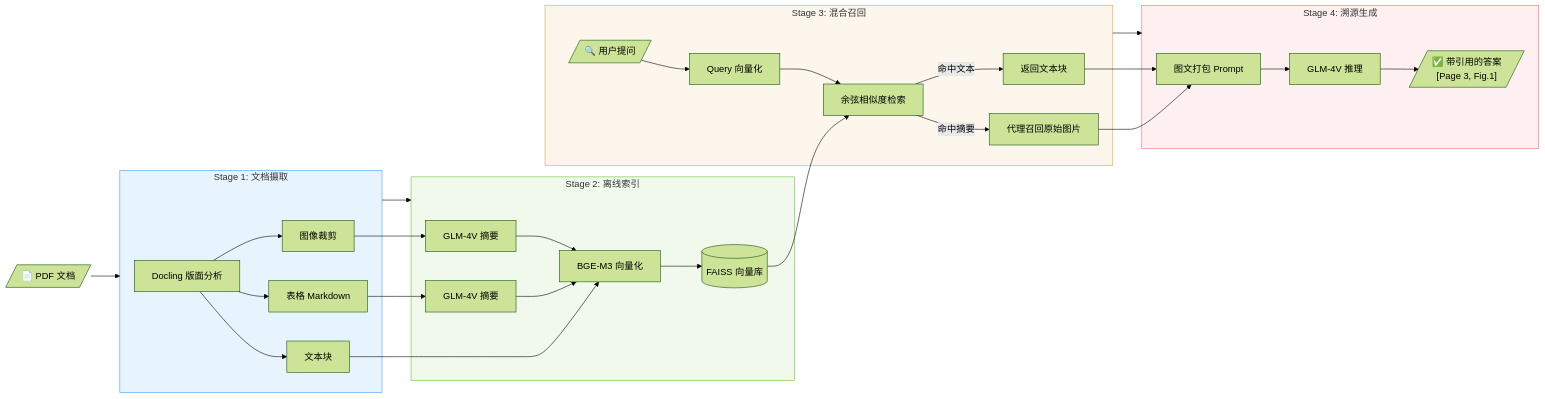
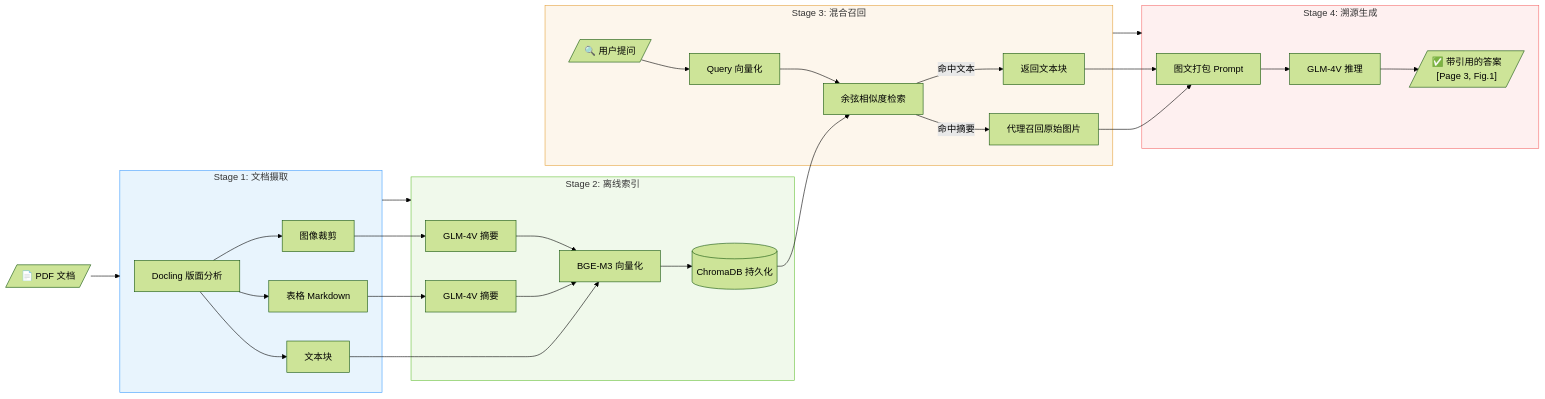
The second of 3 diagrams in README.md (ZhuangShiHao1207/MultimodalQA), drawn with Mermaid (forest theme) before and after one commit. The commit also changed other lines of this file and 1 other file, not shown here.

````diff
--- a/README.md
+++ b/README.md
@@ -56,40 +136,40 @@
 ```mermaid
 graph LR
     PDF[/"📄 PDF 文档"/] --> S1
 
     subgraph S1["Stage 1: 文档摄取"]
         Parse[Docling 版面分析] --> Text[文本块]
         Parse --> Table[表格 Markdown]
         Parse --> Image[图像裁剪]
     end
 
     subgraph S2["Stage 2: 离线索引"]
         Text --> Embed[BGE-M3 向量化]
         Table --> VLM1[GLM-4V 摘要] --> Embed
         Image --> VLM2[GLM-4V 摘要] --> Embed
-        Embed --> Store[(FAISS 向量库)]
+        Embed --> Store[(ChromaDB 持久化)]
     end
 
     subgraph S3["Stage 3: 混合召回"]
         Query[/"🔍 用户提问"/] --> QEmbed[Query 向量化]
         QEmbed --> Search[余弦相似度检索]
         Store --> Search
         Search --> |命中摘要| Proxy[代理召回原始图片]
         Search --> |命中文本| TextChunk[返回文本块]
     end
 
     subgraph S4["Stage 4: 溯源生成"]
         Proxy --> Pack[图文打包 Prompt]
         TextChunk --> Pack
         Pack --> Gen[GLM-4V 推理]
         Gen --> Answer[/"✅ 带引用的答案<br/>[Page 3, Fig.1]"/]
     end
 
     S1 --> S2
     S3 --> S4
 
     style S1 fill:#e8f4fd,stroke:#409eff
     style S2 fill:#f0f9eb,stroke:#67c23a
     style S3 fill:#fdf6ec,stroke:#e6a23c
     style S4 fill:#fef0f0,stroke:#f56c6c
 ```
````
